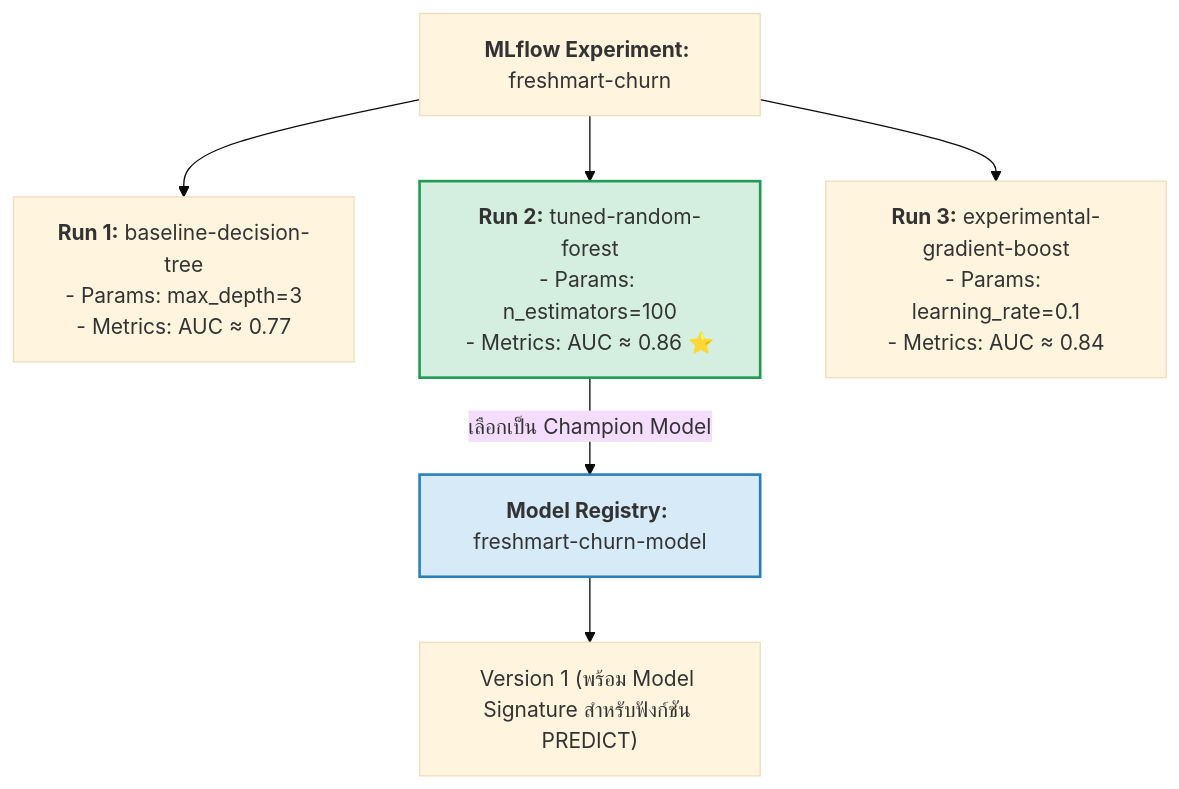
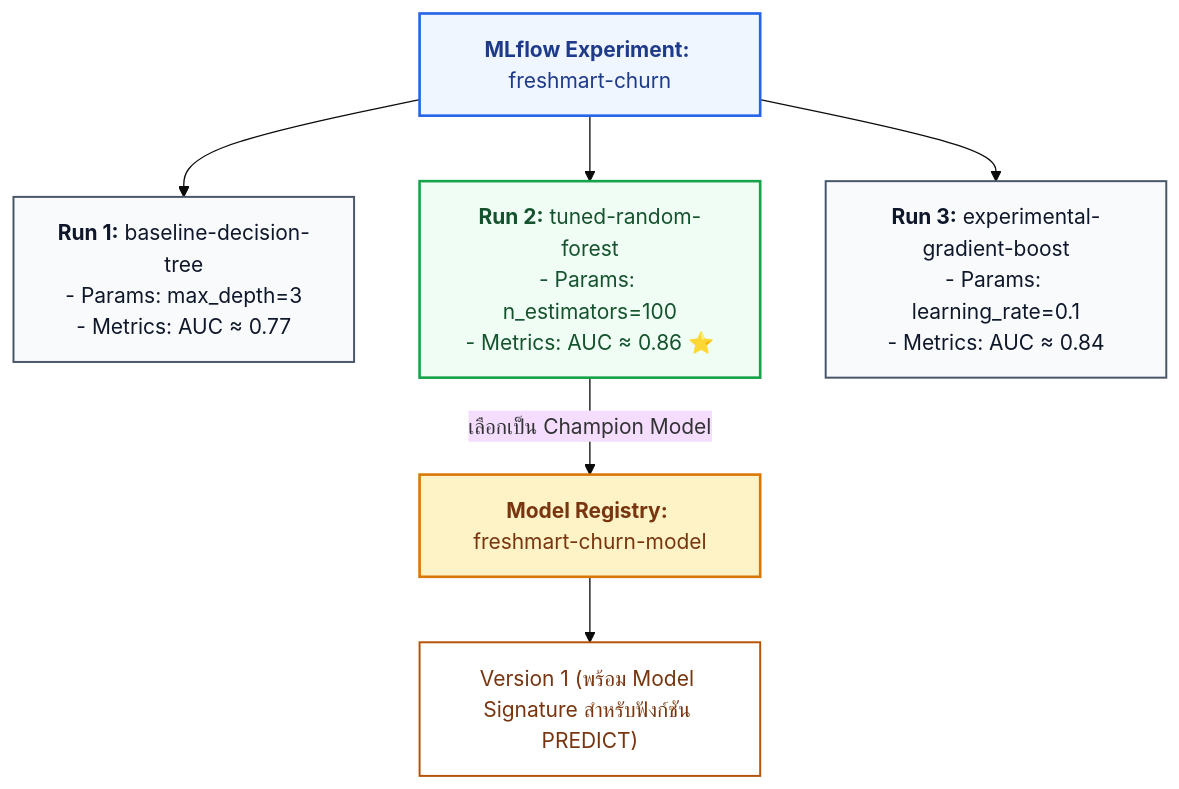
Before and after one commit to DataFabric-Academy/ms-fabric-data-science: the first of 2 diagrams in docs/05-mlflow-training.md, drawn with Mermaid (base theme). The commit also changed other lines of this file and 6 other files, not shown here.

````diff
--- a/docs/05-mlflow-training.md
+++ b/docs/05-mlflow-training.md
@@ -15,14 +15,23 @@
 ```mermaid
 graph TD
     Exp["<b>MLflow Experiment:</b> freshmart-churn"]
     
     Exp --> Run1["<b>Run 1:</b> baseline-decision-tree<br/>- Params: max_depth=3<br/>- Metrics: AUC ≈ 0.77"]
     Exp --> Run2["<b>Run 2:</b> tuned-random-forest<br/>- Params: n_estimators=100<br/>- Metrics: AUC ≈ 0.86 ⭐"]
     Exp --> Run3["<b>Run 3:</b> experimental-gradient-boost<br/>- Params: learning_rate=0.1<br/>- Metrics: AUC ≈ 0.84"]
 
     Run2 -->|เลือกเป็น Champion Model| Reg["<b>Model Registry:</b> freshmart-churn-model"]
     Reg --> V1["Version 1 (พร้อม Model Signature สำหรับฟังก์ชัน PREDICT)"]
 
-    style Run2 fill:#d4efdf,stroke:#229954,stroke-width:2px
-    style Reg fill:#d6eaf8,stroke:#2980b9,stroke-width:2px
+    classDef expHead fill:#eff6ff,stroke:#2563eb,stroke-width:2px,color:#1e3a8a;
+    classDef runNormal fill:#f8fafc,stroke:#475569,stroke-width:1.5px,color:#0f172a;
+    classDef runChampion fill:#f0fdf4,stroke:#16a34a,stroke-width:2px,color:#14532d;
+    classDef regStyle fill:#fef3c7,stroke:#d97706,stroke-width:2px,color:#78350f;
+    classDef verStyle fill:#ffffff,stroke:#b45309,stroke-width:1.5px,color:#78350f;
+
+    class Exp expHead;
+    class Run1,Run3 runNormal;
+    class Run2 runChampion;
+    class Reg regStyle;
+    class V1 verStyle;
 ```
````
